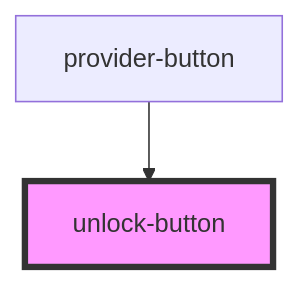
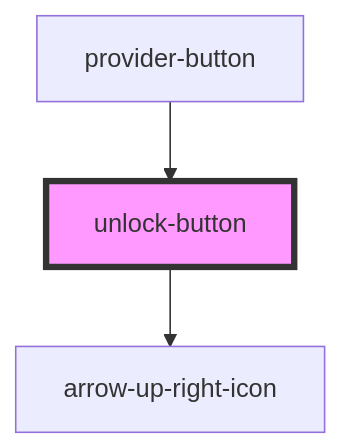
The diagram in src/common/unlock-button/readme.md (multiversx/mx-sdk-dapp-ui), drawn with Mermaid before and after one commit. The commit also changed other lines of this file and 19 other files, not shown here.

````diff
--- a/src/common/unlock-button/readme.md
+++ b/src/common/unlock-button/readme.md
@@ -23,5 +28,6 @@
 ```mermaid
 graph TD;
+  unlock-button --> arrow-up-right-icon
   provider-button --> unlock-button
   style unlock-button fill:#f9f,stroke:#333,stroke-width:4px
 ```
````
